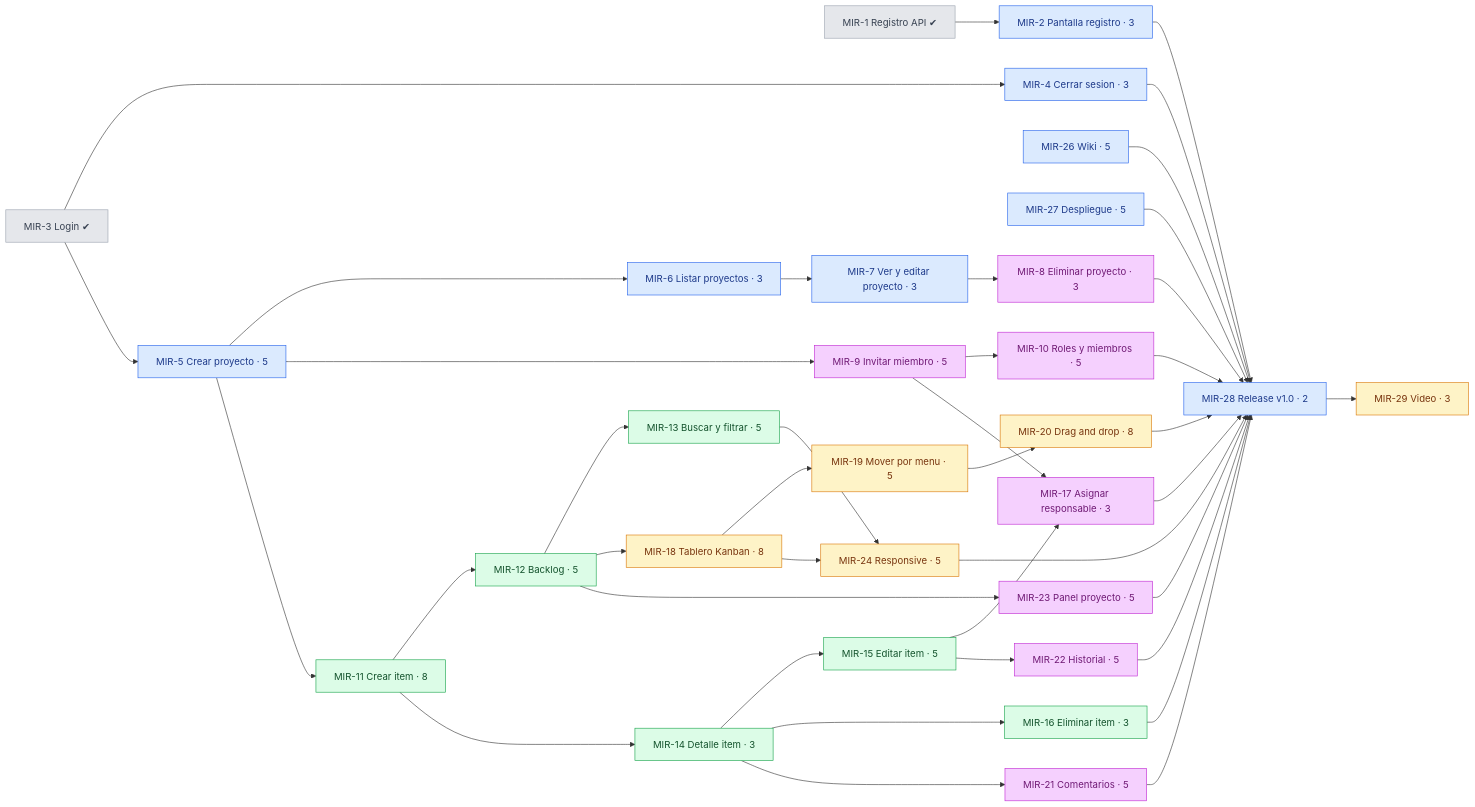
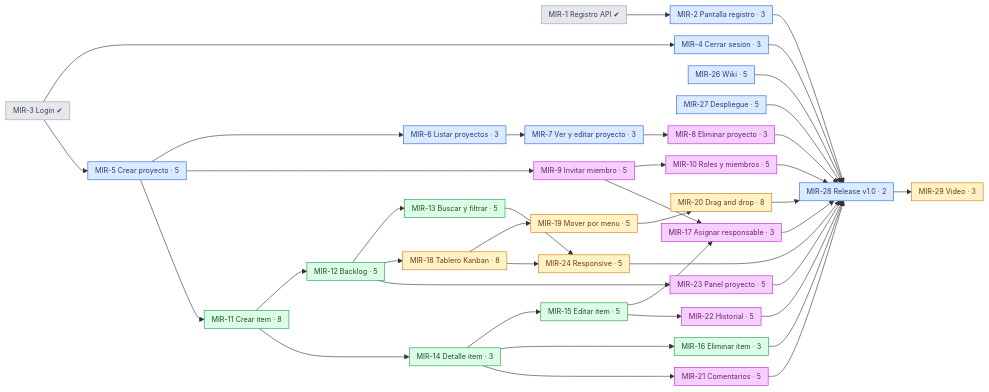
One commit to MiraPdS/mira changed the diagram in docs/plan-trabajo.md. Above: the diagram before and after it, drawn with Mermaid. The commit also changed other lines of this file, not shown here.

Commit message:
docs(plan): MIR-5 compactar diagrama de dependencias y agregar leyenda de colores

````diff
--- a/docs/plan-trabajo.md
+++ b/docs/plan-trabajo.md
@@ -89,4 +89,5 @@
 ```mermaid
+%%{init: {"themeVariables": {"fontSize": "12px"}, "flowchart": {"nodeSpacing": 20, "rankSpacing": 30, "padding": 6}}}%%
 flowchart LR
   classDef listo  fill:#e5e7eb,stroke:#9ca3af,color:#374151
   classDef benja  fill:#dbeafe,stroke:#2563eb,color:#1e3a8a
````
